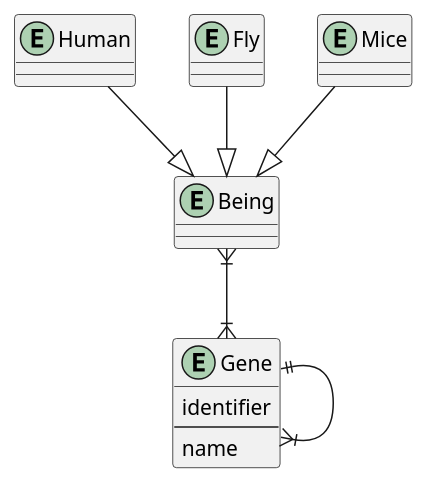
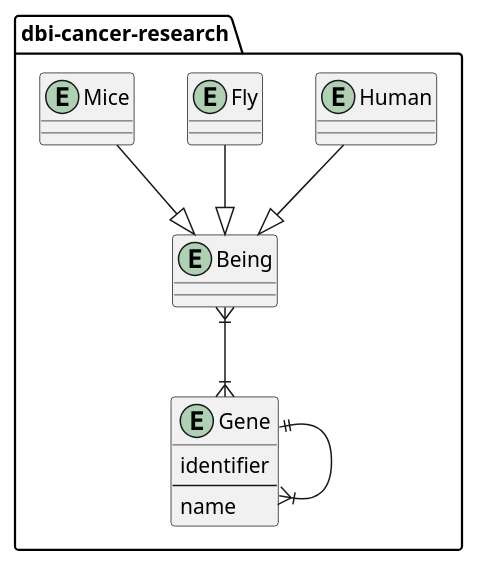
Before and after one commit to aichingert/dbi-cancer-research: the diagram in asciidocs/plantuml/cancer.puml, drawn with PlantUML.

Commit message:
bägätsch is BluntUMl is vü schena ois ohne

```diff
--- a/asciidocs/plantuml/cancer.puml
+++ b/asciidocs/plantuml/cancer.puml
@@ -1,25 +1,27 @@
 @startuml
-Entity Gene {
+package "dbi-cancer-research" {
+  Entity Gene {
   identifier
   --
- name
-}
-Entity Being {
-}
-Entity Human {
-
-}
-Entity Fly {
-
-}
-Entity Mice {
-
-}
+   name
+  }
+  Entity Being {
+  }
+  Entity Human {
+  
+  }
+  Entity Fly {
+  
+  }
+  Entity Mice {
+  
+  }
 
 
-Mice --|> Being
-Fly --|> Being
-Human --|> Being
-Being }|--|{ Gene
-Gene ||--|{ Gene
+  Mice --|> Being
+  Fly --|> Being
+  Human --|> Being
+  Being }|--|{ Gene
+  Gene ||--|{ Gene
+}
 @enduml
```
